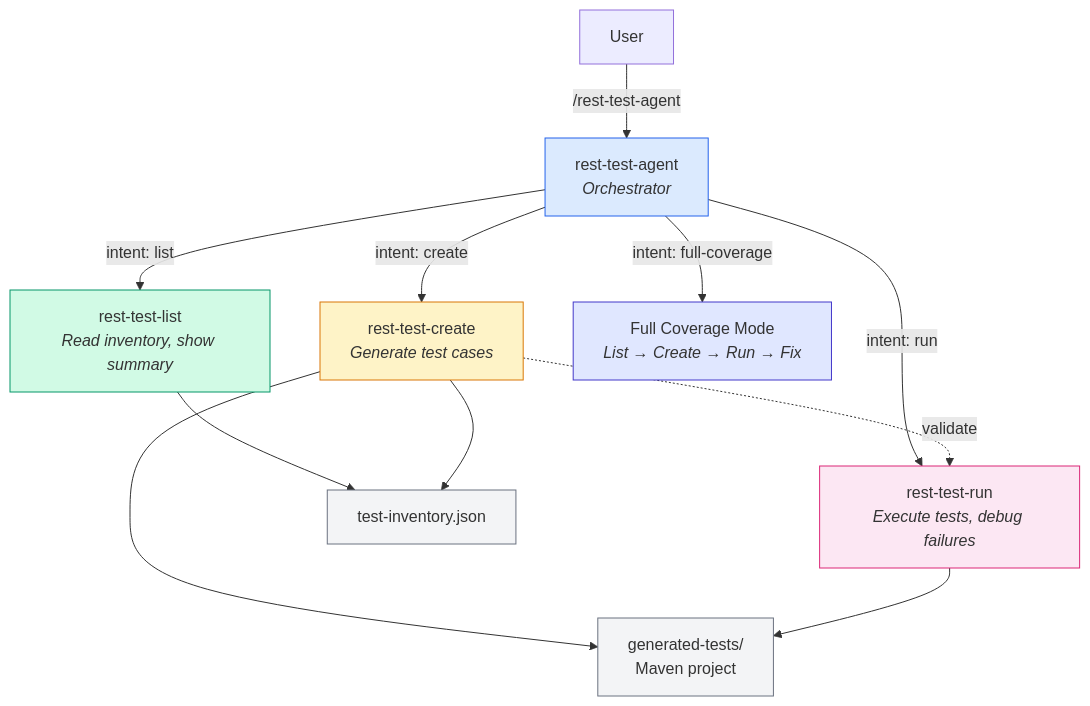
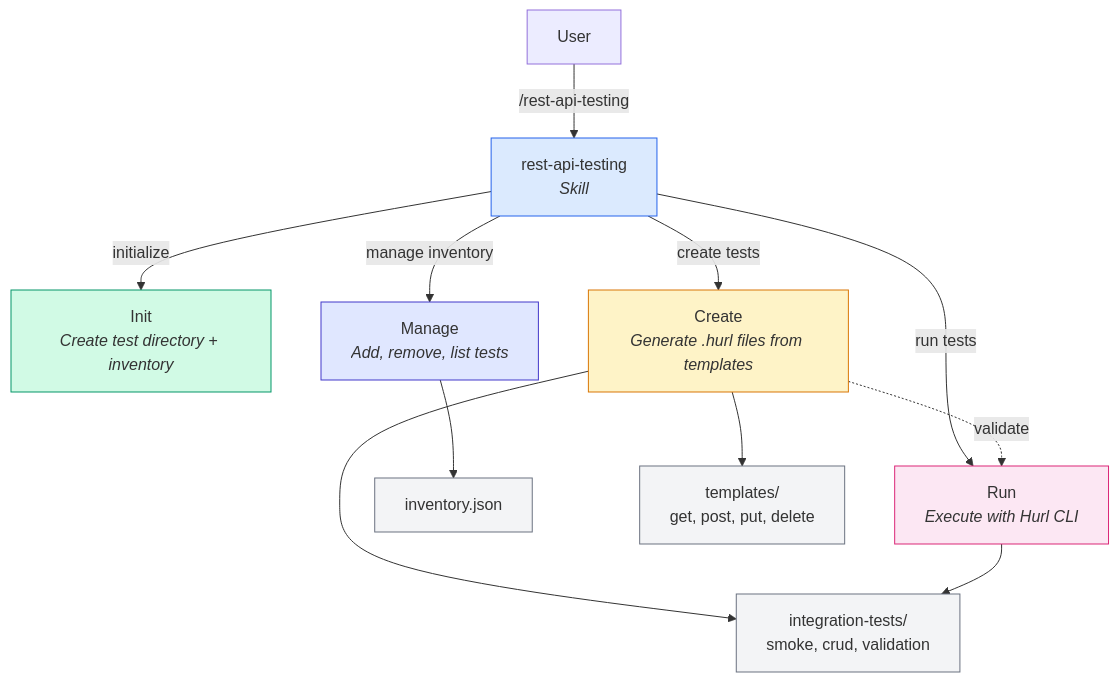
The diagram in technical/07_skills-and-agents/07_skills-and-agents.md (popescualextraian/shipped-by-agents), drawn with Mermaid before and after one commit. The commit also changed other lines of this file and 21 other files, not shown here.

First line of the commit message:
Rewrite chapter 7: Hurl-based skill, L0-L6 levels, expanded theory

````diff
--- a/technical/07_skills-and-agents/07_skills-and-agents.md
+++ b/technical/07_skills-and-agents/07_skills-and-agents.md
@@ -89,22 +352,23 @@
 ```mermaid
 graph TD
-    User["User"] -->|"/rest-test-agent <prompt>"| Agent["rest-test-agent<br/><i>Orchestrator</i>"]
-    Agent -->|"intent: list"| List["rest-test-list<br/><i>Read inventory, show summary</i>"]
-    Agent -->|"intent: create"| Create["rest-test-create<br/><i>Generate test cases</i>"]
-    Agent -->|"intent: run"| Run["rest-test-run<br/><i>Execute tests, debug failures</i>"]
-    Agent -->|"intent: full-coverage"| Full["Full Coverage Mode<br/><i>List → Create → Run → Fix</i>"]
+    User["User"] -->|"/rest-api-testing"| Skill["rest-api-testing<br/><i>Skill</i>"]
+    Skill -->|"initialize"| Init["Init<br/><i>Create test directory + inventory</i>"]
+    Skill -->|"create tests"| Create["Create<br/><i>Generate .hurl files from templates</i>"]
+    Skill -->|"run tests"| Run["Run<br/><i>Execute with Hurl CLI</i>"]
+    Skill -->|"manage inventory"| Manage["Manage<br/><i>Add, remove, list tests</i>"]
 
     Create -.->|"validate"| Run
-    List --> Inventory["test-inventory.json"]
-    Create --> Inventory
-    Create --> Maven["generated-tests/<br/>Maven project"]
-    Run --> Maven
+    Manage --> Inventory["inventory.json"]
+    Create --> Templates["templates/<br/>get, post, put, delete"]
+    Create --> Tests["integration-tests/<br/>smoke, crud, validation"]
+    Run --> Tests
 
-    style Agent fill:#dbeafe,stroke:#2563eb
-    style List fill:#d1fae5,stroke:#059669
+    style Skill fill:#dbeafe,stroke:#2563eb
+    style Init fill:#d1fae5,stroke:#059669
     style Create fill:#fef3c7,stroke:#d97706
     style Run fill:#fce7f3,stroke:#db2777
-    style Full fill:#e0e7ff,stroke:#4338ca
+    style Manage fill:#e0e7ff,stroke:#4338ca
     style Inventory fill:#f3f4f6,stroke:#6b7280
-    style Maven fill:#f3f4f6,stroke:#6b7280
+    style Templates fill:#f3f4f6,stroke:#6b7280
+    style Tests fill:#f3f4f6,stroke:#6b7280
 ```
````
